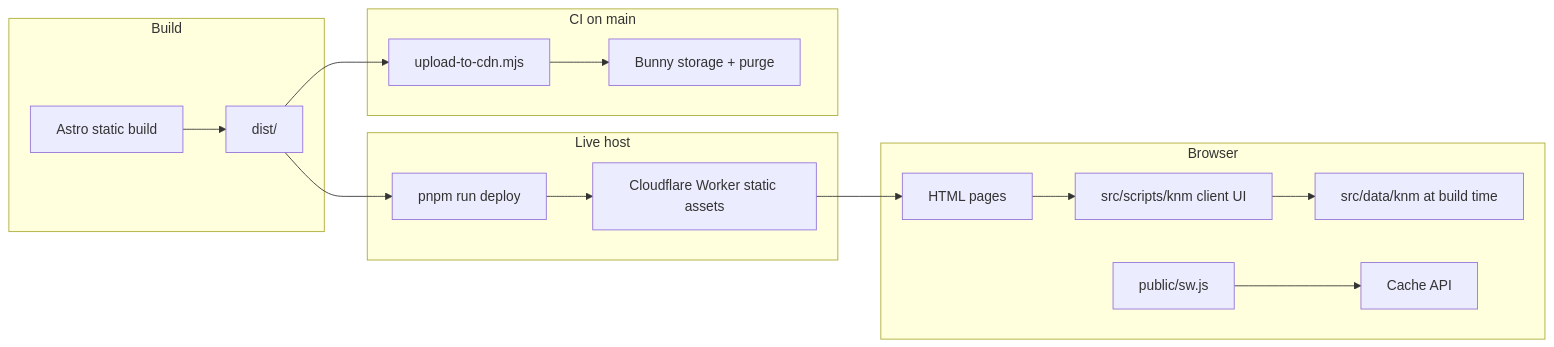
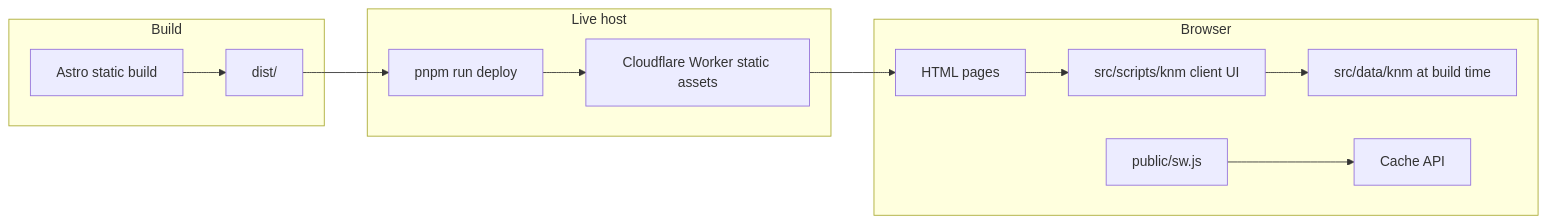
Before and after one commit to sg208/nl-learning: the diagram in ARCHITECTURE.md, drawn with Mermaid. The commit also changed other lines of this file and 9 other files, not shown here.

First line of the commit message:
chore: drop Bunny CDN workflow and serve no-slash URLs directly

````diff
--- a/ARCHITECTURE.md
+++ b/ARCHITECTURE.md
@@ -9,20 +9,16 @@
 ```mermaid
 flowchart LR
   subgraph build [Build]
     Astro[Astro static build] --> Dist[dist/]
   end
   subgraph host [Live host]
     Dist --> Deploy[pnpm run deploy]
     Deploy --> Worker[Cloudflare Worker static assets]
   end
-  subgraph ci [CI on main]
-    Dist --> Upload[upload-to-cdn.mjs]
-    Upload --> Bunny[Bunny storage + purge]
-  end
   subgraph runtime [Browser]
     Worker --> Pages[HTML pages]
     Pages --> KNM[src/scripts/knm client UI]
     KNM --> Data[src/data/knm at build time]
     SW[public/sw.js] --> Cache[Cache API]
   end
 ```
````
